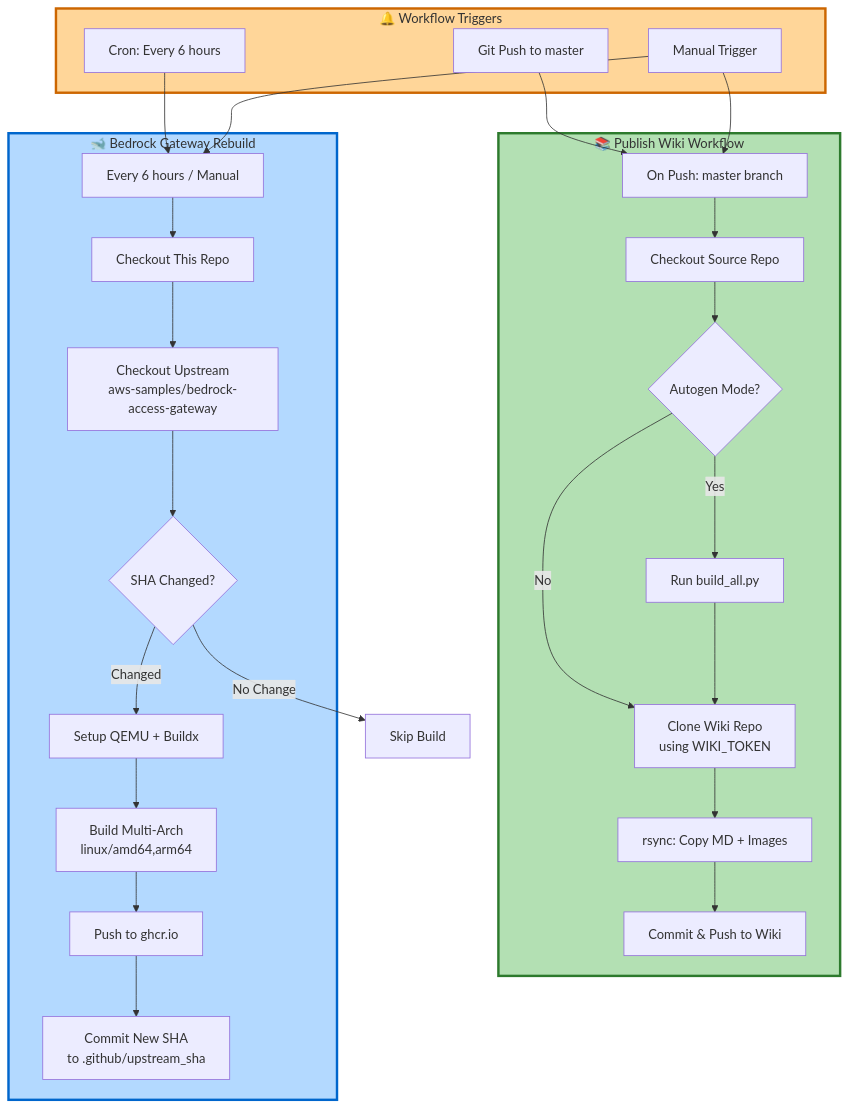
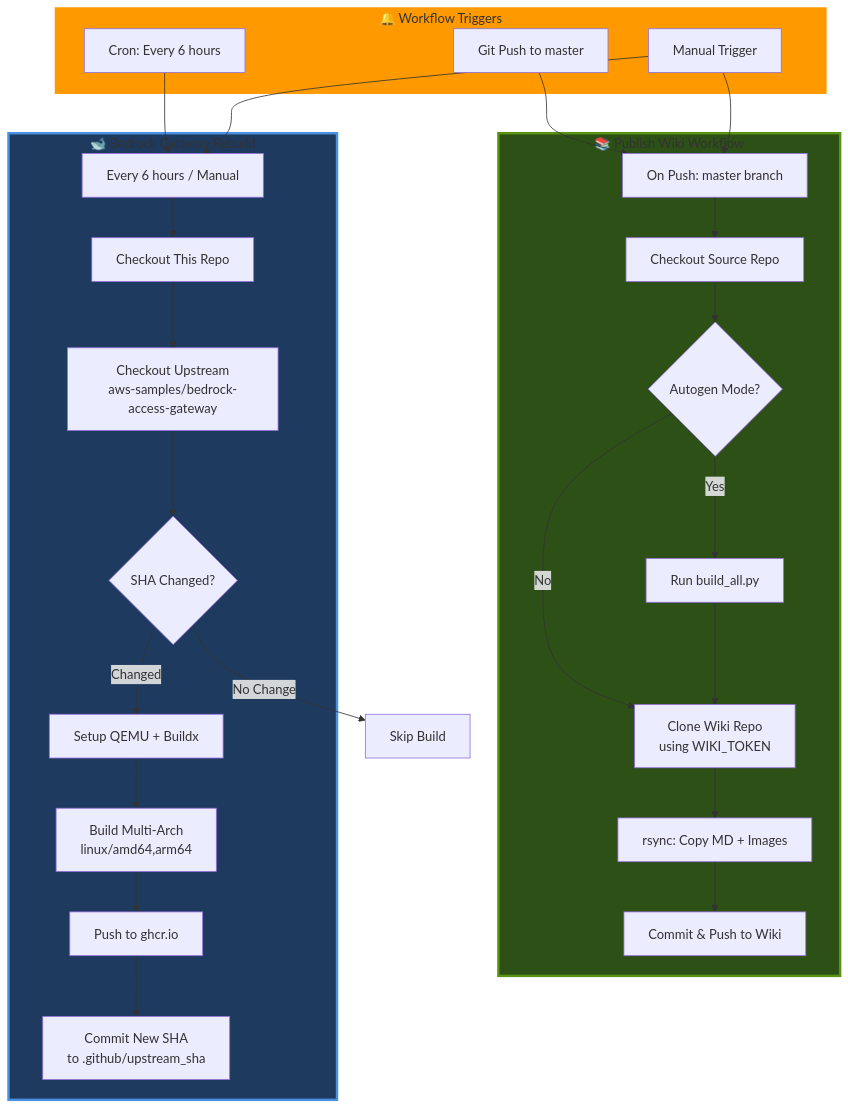
One commit to seadogger-tech/seadogger-homelab changed the first of 4 diagrams in docs/wiki/15-CI-CD-and-GitHub-Actions.md. Above: the diagram before and after it, drawn with Mermaid. The commit also changed other lines of this file and 1 other file, not shown here.

First line of the commit message:
Revert to original dark color scheme for diagram blocks

````diff
--- a/docs/wiki/15-CI-CD-and-GitHub-Actions.md
+++ b/docs/wiki/15-CI-CD-and-GitHub-Actions.md
@@ -10,55 +10,55 @@
 ```mermaid
 graph TB
     subgraph Triggers["🔔 Workflow Triggers"]
         Push[Git Push to master]
         Schedule[Cron: Every 6 hours]
         Manual[Manual Trigger]
     end
 
     subgraph WikiFlow["📚 Publish Wiki Workflow"]
         WikiTrigger[On Push: master branch]
         Checkout1[Checkout Source Repo]
         BuildCheck{Autogen Mode?}
         BuildScript[Run build_all.py]
         CloneWiki[Clone Wiki Repo<br/>using WIKI_TOKEN]
         Rsync[rsync: Copy MD + Images]
         CommitWiki[Commit & Push to Wiki]
     end
 
     subgraph BedrockFlow["🐋 Bedrock Gateway Rebuild"]
         BedrockTrigger[Every 6 hours / Manual]
         Checkout2[Checkout This Repo]
         CheckUpstream[Checkout Upstream<br/>aws-samples/bedrock-access-gateway]
         CompareSSHA{SHA Changed?}
         SetupBuildx[Setup QEMU + Buildx]
         BuildPush[Build Multi-Arch<br/>linux/amd64,arm64]
         PushGHCR[Push to ghcr.io]
         UpdateSHA[Commit New SHA<br/>to .github/upstream_sha]
     end
 
     Push --> WikiTrigger
     Manual --> WikiTrigger
     Schedule --> BedrockTrigger
     Manual --> BedrockTrigger
 
     WikiTrigger --> Checkout1
     Checkout1 --> BuildCheck
     BuildCheck -->|Yes| BuildScript
     BuildCheck -->|No| CloneWiki
     BuildScript --> CloneWiki
     CloneWiki --> Rsync
     Rsync --> CommitWiki
 
     BedrockTrigger --> Checkout2
     Checkout2 --> CheckUpstream
     CheckUpstream --> CompareSSHA
     CompareSSHA -->|Changed| SetupBuildx
     CompareSSHA -->|No Change| End1[Skip Build]
     SetupBuildx --> BuildPush
     BuildPush --> PushGHCR
     PushGHCR --> UpdateSHA
 
-    style WikiFlow fill:#b3e0b3,stroke:#2d7a2d,stroke-width:3px
-    style BedrockFlow fill:#b3d9ff,stroke:#0066cc,stroke-width:3px
-    style Triggers fill:#ffd699,stroke:#cc6600,stroke-width:3px
+    style WikiFlow fill:#2d5016,stroke:#5a9216,stroke-width:3px
+    style BedrockFlow fill:#1e3a5f,stroke:#4a90e2,stroke-width:3px
+    style Triggers fill:#ff9900,stroke:#ff9900,stroke-width:3px
 ```
````
